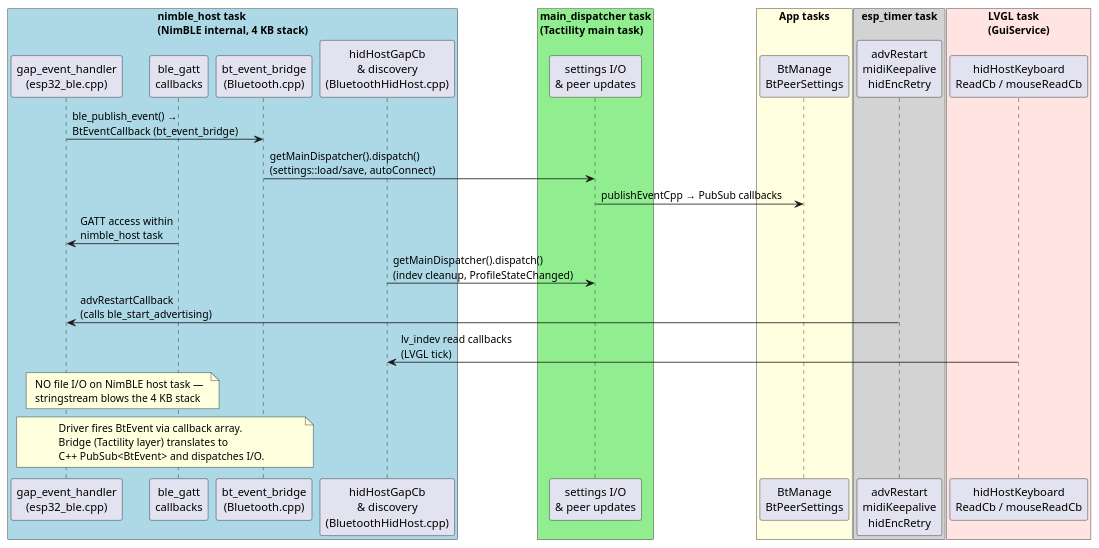
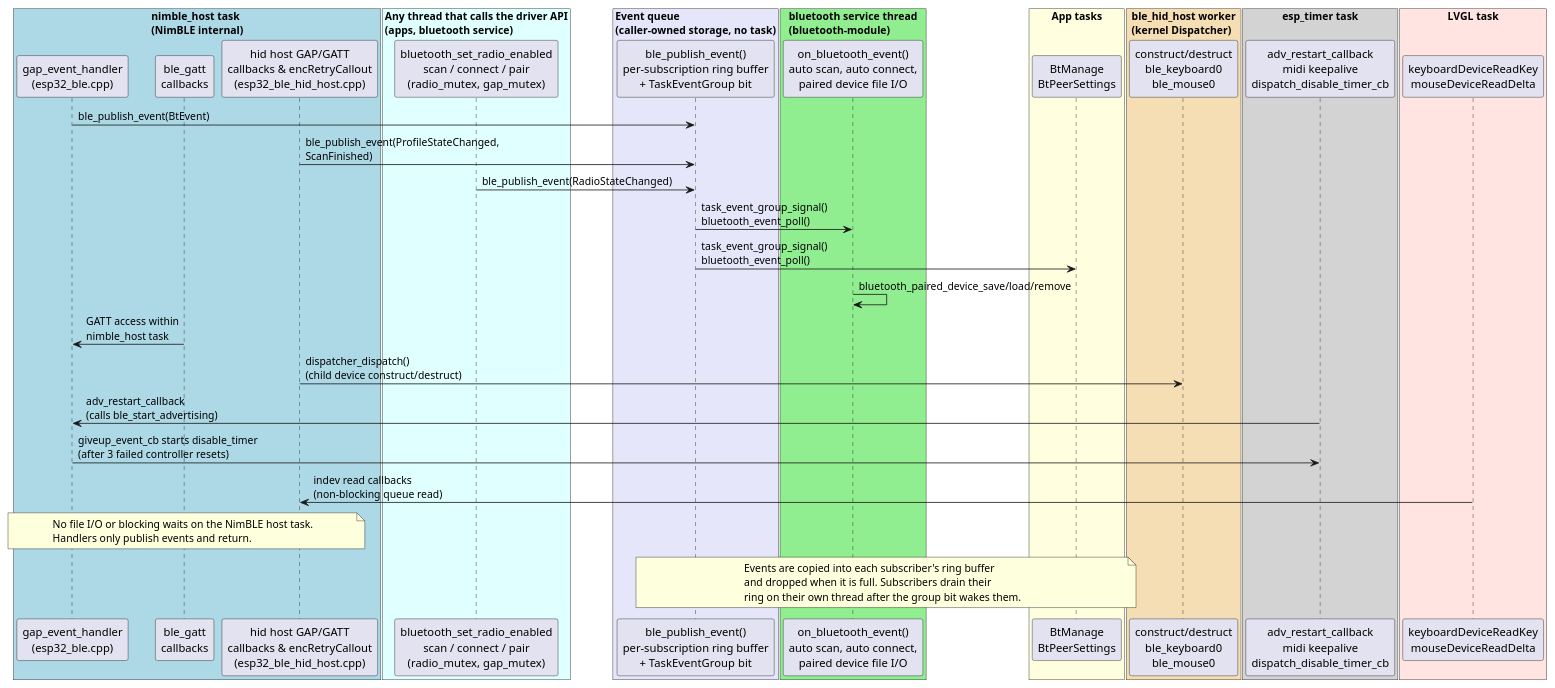
The diagram in Platforms/platform-esp32/source/drivers/bluetooth/bluetooth.puml (TactilityProject/Tactility), drawn with PlantUML before and after one commit. The commit also changed 170 other files, not shown here.

```diff
--- a/Platforms/platform-esp32/source/drivers/bluetooth/bluetooth.puml
+++ b/Platforms/platform-esp32/source/drivers/bluetooth/bluetooth.puml
@@ -1,45 +1,60 @@
 @startuml Bluetooth Thread Model
 
-box "nimble_host task\n(NimBLE internal, 4 KB stack)" #LightBlue
+box "nimble_host task\n(NimBLE internal)" #LightBlue
     participant "gap_event_handler\n(esp32_ble.cpp)" as GAP
     participant "ble_gatt\ncallbacks" as GATT
-    participant "bt_event_bridge\n(Bluetooth.cpp)" as Bridge
-    participant "hidHostGapCb\n& discovery\n(BluetoothHidHost.cpp)" as HID
+    participant "hid host GAP/GATT\ncallbacks & encRetryCallout\n(esp32_ble_hid_host.cpp)" as HID
 end box
 
-box "main_dispatcher task\n(Tactility main task)" #LightGreen
-    participant "settings I/O\n& peer updates" as Dispatch
+box "Any thread that calls the driver API\n(apps, bluetooth service)" #LightCyan
+    participant "bluetooth_set_radio_enabled\nscan / connect / pair\n(radio_mutex, gap_mutex)" as Api
+end box
+
+box "Event queue\n(caller-owned storage, no task)" #Lavender
+    participant "ble_publish_event()\nper-subscription ring buffer\n+ TaskEventGroup bit" as Queue
+end box
+
+box "bluetooth service thread\n(bluetooth-module)" #LightGreen
+    participant "on_bluetooth_event()\nauto scan, auto connect,\npaired device file I/O" as Service
 end box
 
 box "App tasks" #LightYellow
     participant "BtManage\nBtPeerSettings" as Apps
 end box
 
-box "esp_timer task" #LightGray
-    participant "advRestart\nmidiKeepalive\nhidEncRetry" as Timers
+box "ble_hid_host worker\n(kernel Dispatcher)" #Wheat
+    participant "construct/destruct\nble_keyboard0\nble_mouse0" as Worker
 end box
 
-box "LVGL task\n(GuiService)" #MistyRose
-    participant "hidHostKeyboard\nReadCb / mouseReadCb" as LVGL
+box "esp_timer task" #LightGray
+    participant "adv_restart_callback\nmidi keepalive\ndispatch_disable_timer_cb" as Timers
 end box
 
-GAP -> Bridge : ble_publish_event() →\nBtEventCallback (bt_event_bridge)
-Bridge -> Dispatch : getMainDispatcher().dispatch()\n(settings::load/save, autoConnect)
-Dispatch -> Apps : publishEventCpp → PubSub callbacks
+box "LVGL task" #MistyRose
+    participant "keyboardDeviceReadKey\nmouseDeviceReadDelta" as LVGL
+end box
+
+GAP -> Queue : ble_publish_event(BtEvent)
+HID -> Queue : ble_publish_event(ProfileStateChanged,\nScanFinished)
+Api -> Queue : ble_publish_event(RadioStateChanged)
+Queue -> Service : task_event_group_signal()\nbluetooth_event_poll()
+Queue -> Apps : task_event_group_signal()\nbluetooth_event_poll()
+Service -> Service : bluetooth_paired_device_save/load/remove
 GATT -> GAP : GATT access within\nnimble_host task
-HID -> Dispatch : getMainDispatcher().dispatch()\n(indev cleanup, ProfileStateChanged)
-Timers -> GAP : advRestartCallback\n(calls ble_start_advertising)
-LVGL -> HID : lv_indev read callbacks\n(LVGL tick)
+HID -> Worker : dispatcher_dispatch()\n(child device construct/destruct)
+Timers -> GAP : adv_restart_callback\n(calls ble_start_advertising)
+GAP -> Timers : giveup_event_cb starts disable_timer\n(after 3 failed controller resets)
+LVGL -> HID : indev read callbacks\n(non-blocking queue read)
 
-note over GAP, GATT
-  NO file I/O on NimBLE host task —
-  stringstream blows the 4 KB stack
+note over GAP, HID
+  No file I/O or blocking waits on the NimBLE host task.
+  Handlers only publish events and return.
 end note
 
-note over GAP, Bridge
-  Driver fires BtEvent via callback array.
-  Bridge (Tactility layer) translates to
-  C++ PubSub<BtEvent> and dispatches I/O.
+note over Queue, Apps
+  Events are copied into each subscriber's ring buffer
+  and dropped when it is full. Subscribers drain their
+  ring on their own thread after the group bit wakes them.
 end note
 
 @enduml
```
